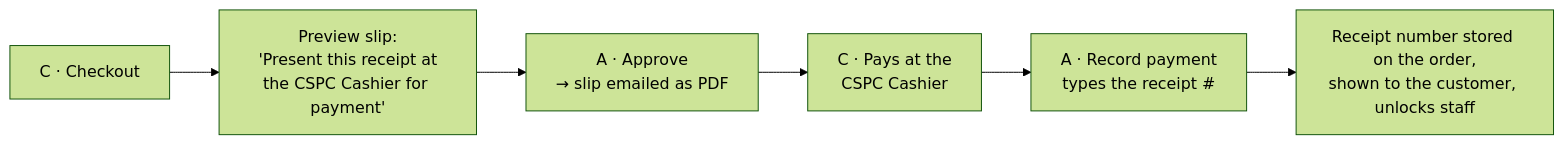
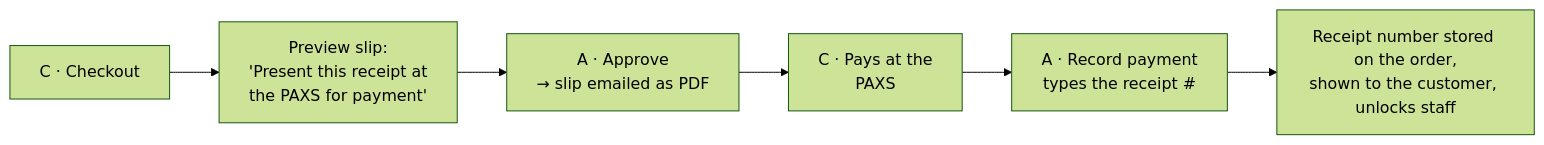
The fifth of 6 diagrams in backend/docs/UserGuide/SystemProcess.md (genuwin14/FabLab), drawn with Mermaid (forest theme) before and after one commit. The commit also changed other lines of this file and 20 other files, not shown here.

First line of the commit message:
style(orders): call the cashier PAXS everywhere

````diff
--- a/backend/docs/UserGuide/SystemProcess.md
+++ b/backend/docs/UserGuide/SystemProcess.md
@@ -481,8 +481,8 @@
 ```mermaid
 flowchart LR
-    A["C · Checkout"] --> B["Preview slip:<br/>'Present this receipt at<br/>the CSPC Cashier for payment'"]
+    A["C · Checkout"] --> B["Preview slip:<br/>'Present this receipt at<br/>the PAXS for payment'"]
     B --> C["A · Approve<br/>→ slip emailed as PDF"]
-    C --> D["C · Pays at the<br/>CSPC Cashier"]
+    C --> D["C · Pays at the<br/>PAXS"]
     D --> E["A · Record payment<br/>types the receipt #"]
     E --> F["Receipt number stored on the order,<br/>shown to the customer, unlocks staff"]
 ```
````
